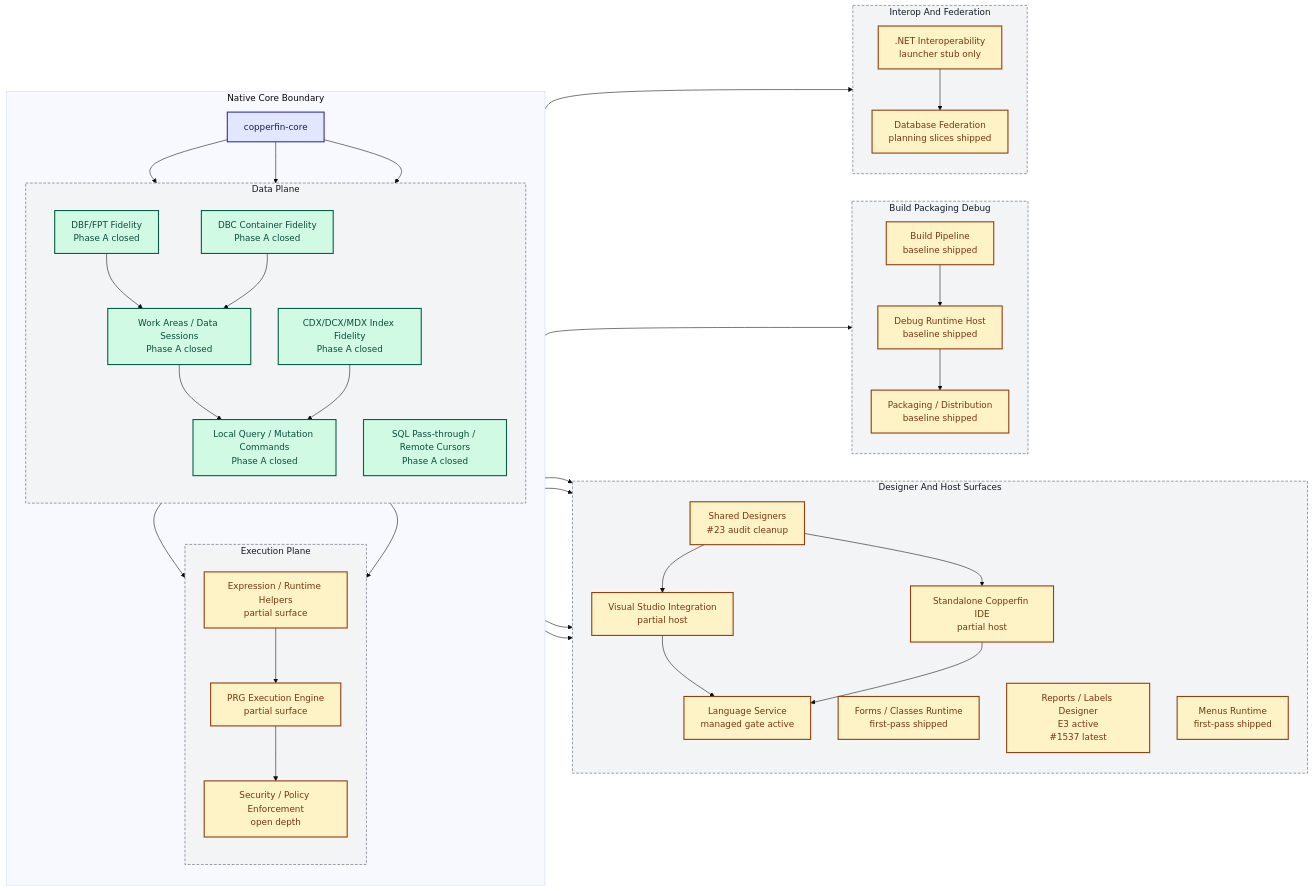
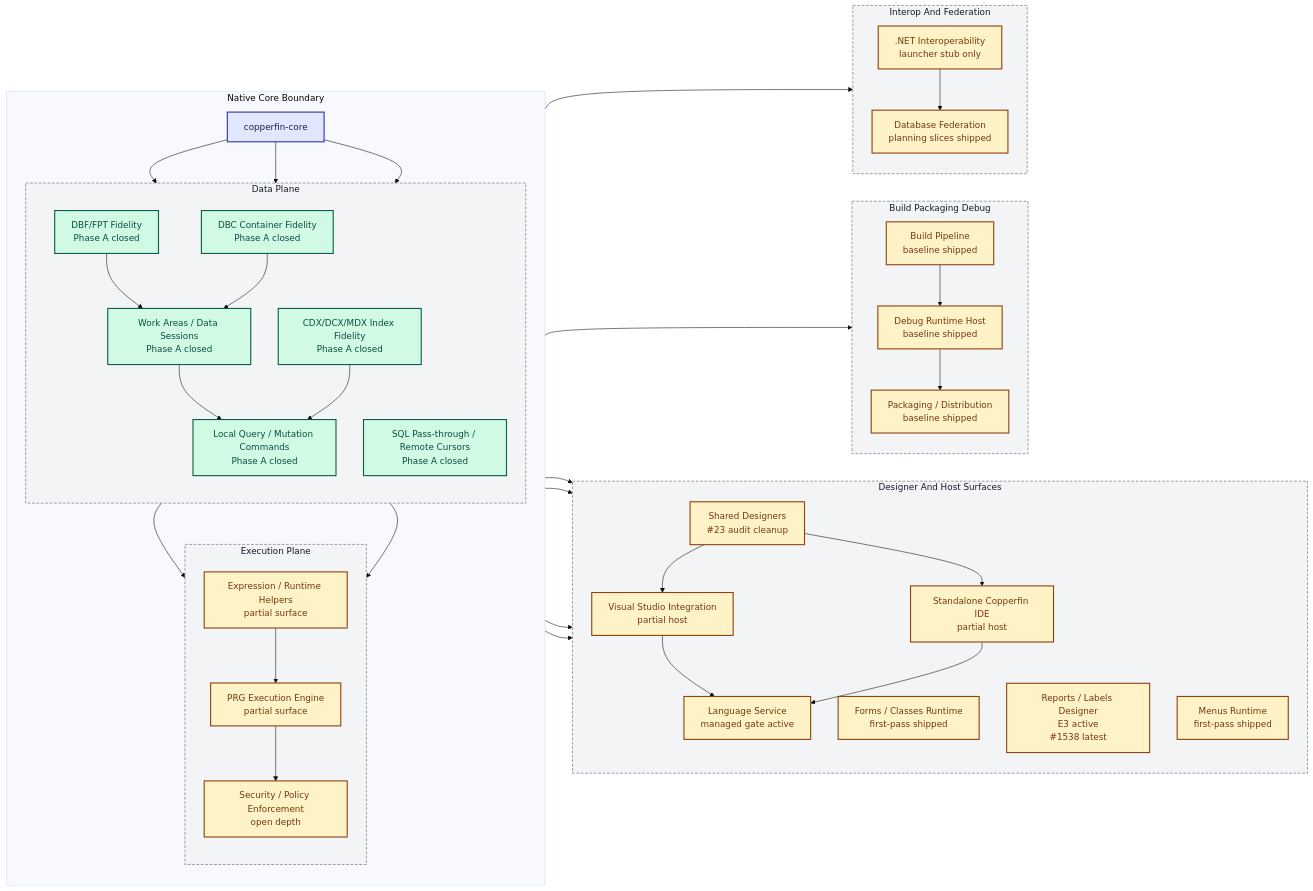
One commit to rhamenator/Project-Copperfin changed the diagram in docs/02-architecture.md. Above: the diagram before and after it, drawn with Mermaid (base theme). The commit also changed 6 other files, not shown here.

```diff
--- a/docs/02-architecture.md
+++ b/docs/02-architecture.md
@@ -36,7 +36,7 @@
         direction TB
         DES["Shared Designers<br/>#23 audit cleanup"]
         FORMS["Forms / Classes Runtime<br/>first-pass shipped"]
-        RPT["Reports / Labels Designer<br/>E3 active<br/>#1537 latest"]
+        RPT["Reports / Labels Designer<br/>E3 active<br/>#1538 latest"]
         MENU["Menus Runtime<br/>first-pass shipped"]
         VS["Visual Studio Integration<br/>partial host"]
         IDE["Standalone Copperfin IDE<br/>partial host"]
```
